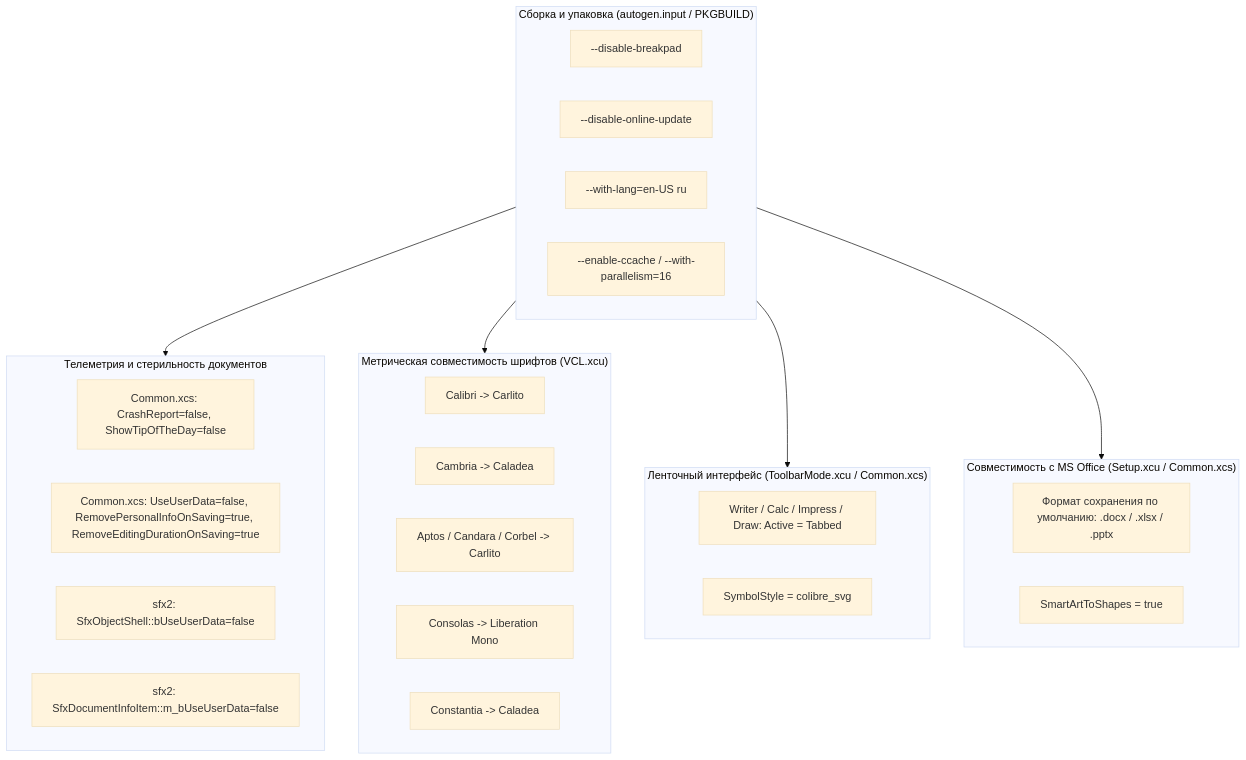
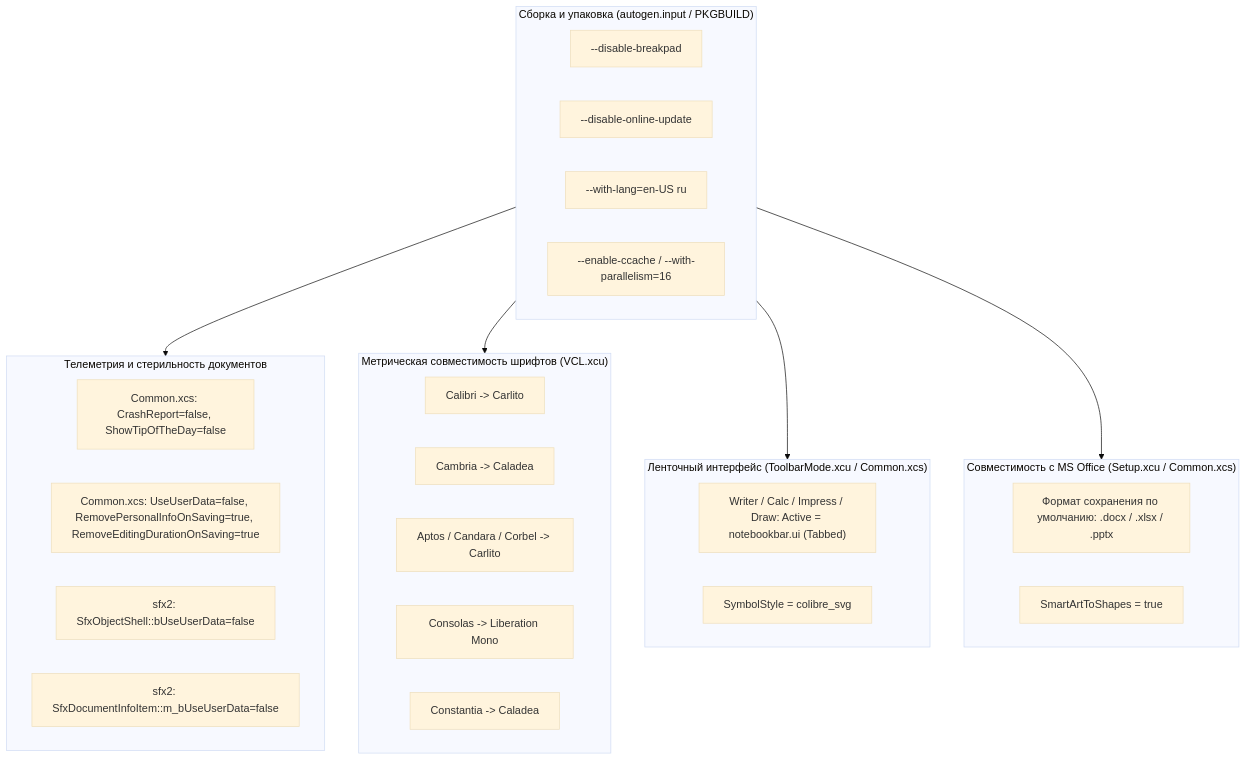
Before and after one commit to Utkautka1/libreoffice-mscompat_-fork-: the diagram in docs/UML.md, drawn with Mermaid (base theme). The commit also changed 2 other files, not shown here.

Commit message:
fix(ui): set ToolbarMode Active to notebookbar.ui

````diff
--- a/docs/UML.md
+++ b/docs/UML.md
@@ -5,39 +5,39 @@
 ```mermaid
 flowchart TD
     subgraph Build["Сборка и упаковка (autogen.input / PKGBUILD)"]
         A1["--disable-breakpad"]
         A2["--disable-online-update"]
         A3["--with-lang=en-US ru"]
         A4["--enable-ccache / --with-parallelism=16"]
     end
 
     subgraph Privacy["Телеметрия и стерильность документов"]
         P1["Common.xcs: CrashReport=false, ShowTipOfTheDay=false"]
         P2["Common.xcs: UseUserData=false, RemovePersonalInfoOnSaving=true, RemoveEditingDurationOnSaving=true"]
         P3["sfx2: SfxObjectShell::bUseUserData=false"]
         P4["sfx2: SfxDocumentInfoItem::m_bUseUserData=false"]
     end
 
     subgraph Fonts["Метрическая совместимость шрифтов (VCL.xcu)"]
         F1["Calibri -> Carlito"]
         F2["Cambria -> Caladea"]
         F3["Aptos / Candara / Corbel -> Carlito"]
         F4["Consolas -> Liberation Mono"]
         F5["Constantia -> Caladea"]
     end
 
     subgraph UI["Ленточный интерфейс (ToolbarMode.xcu / Common.xcs)"]
-        U1["Writer / Calc / Impress / Draw: Active = Tabbed"]
+        U1["Writer / Calc / Impress / Draw: Active = notebookbar.ui (Tabbed)"]
         U2["SymbolStyle = colibre_svg"]
     end
 
     subgraph MSCompat["Совместимость с MS Office (Setup.xcu / Common.xcs)"]
         M1["Формат сохранения по умолчанию: .docx / .xlsx / .pptx"]
         M2["SmartArtToShapes = true"]
     end
 
     Build --> Privacy
     Build --> Fonts
     Build --> UI
     Build --> MSCompat
 ```
````
